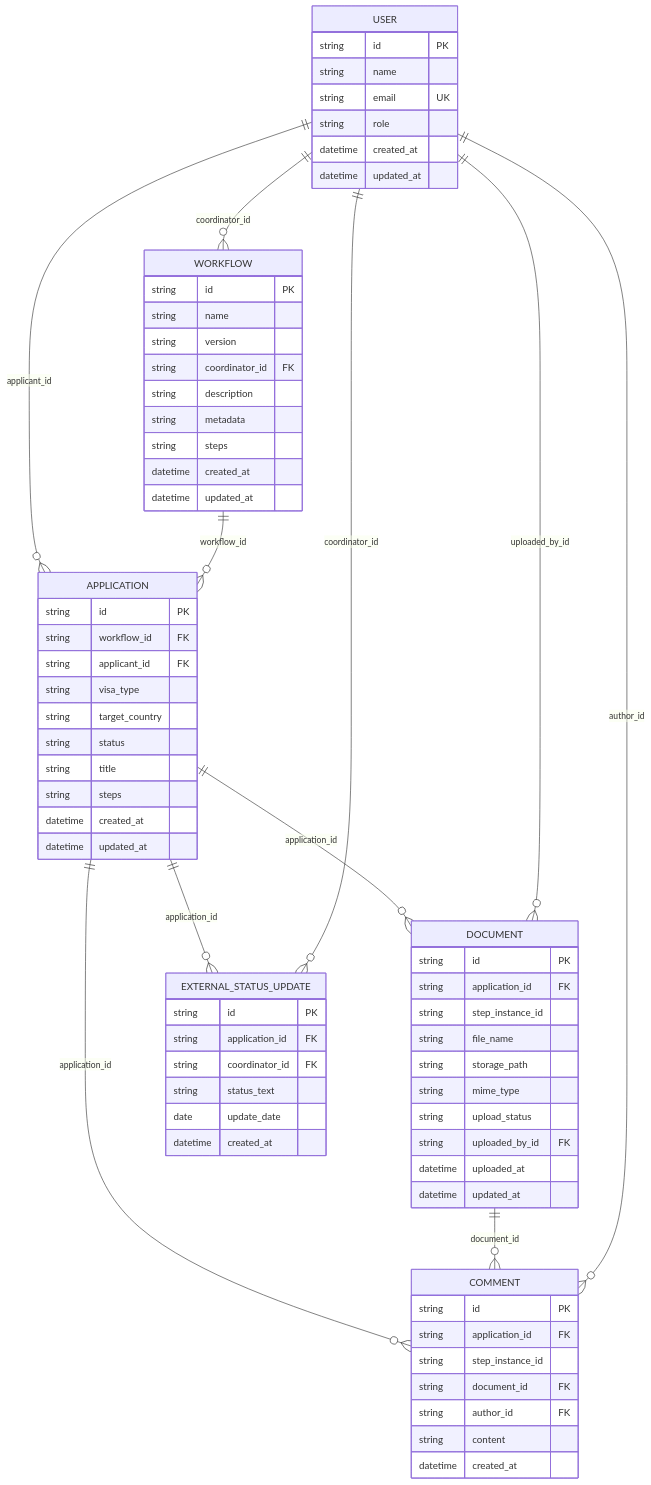
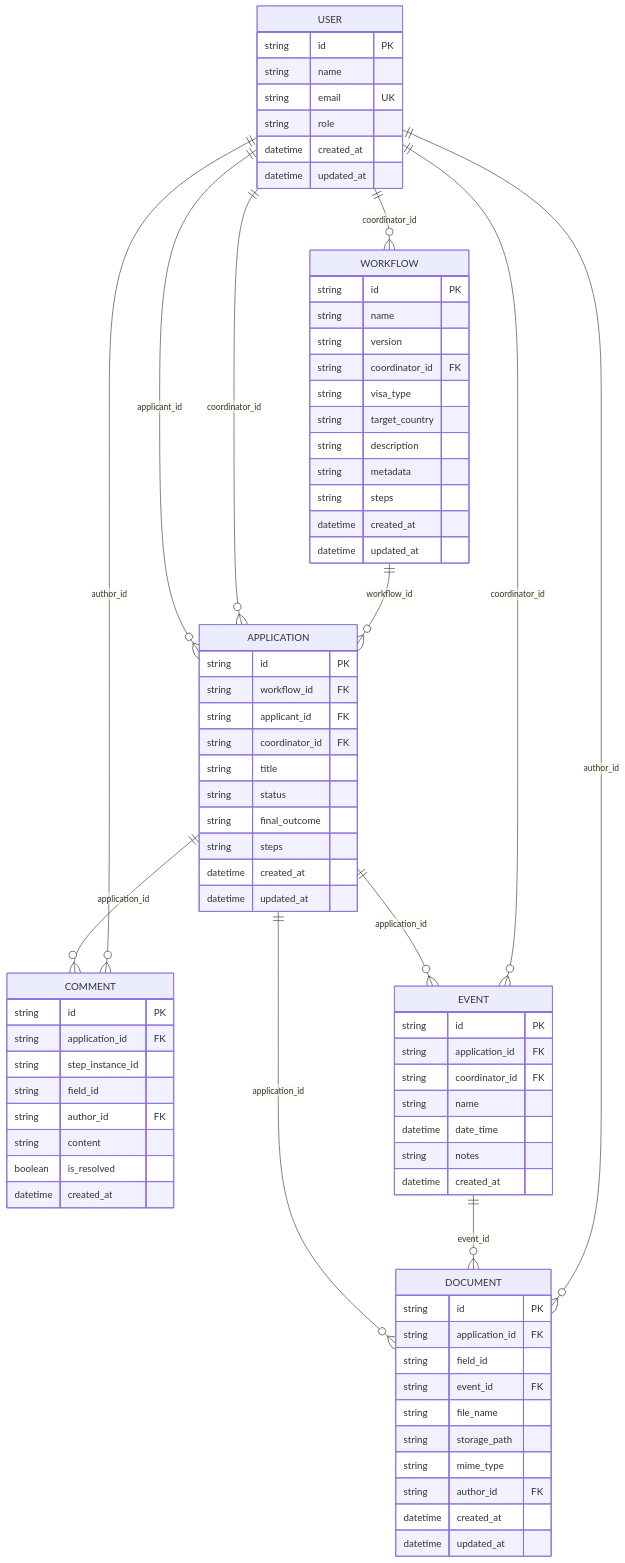
The diagram in artefacts/product-knowledge/solution-design/2-data-model.md (ryanvu-dev/VisaFlow), drawn with Mermaid before and after one commit. The commit also changed other lines of this file and 6 other files, not shown here.

````diff
--- a/artefacts/product-knowledge/solution-design/2-data-model.md
+++ b/artefacts/product-knowledge/solution-design/2-data-model.md
@@ -147,15 +146,16 @@
 ```mermaid
 erDiagram
     USER ||--o{ APPLICATION : "applicant_id"
+    USER ||--o{ APPLICATION : "coordinator_id"
     USER ||--o{ WORKFLOW : "coordinator_id"
     WORKFLOW ||--o{ APPLICATION : "workflow_id"
     APPLICATION ||--o{ DOCUMENT : "application_id"
     APPLICATION ||--o{ COMMENT : "application_id"
-    APPLICATION ||--o{ EXTERNAL_STATUS_UPDATE : "application_id"
-    DOCUMENT ||--o{ COMMENT : "document_id"
-    USER ||--o{ DOCUMENT : "uploaded_by_id"
+    APPLICATION ||--o{ EVENT : "application_id"
+    EVENT ||--o{ DOCUMENT : "event_id"
+    USER ||--o{ DOCUMENT : "author_id"
     USER ||--o{ COMMENT : "author_id"
-    USER ||--o{ EXTERNAL_STATUS_UPDATE : "coordinator_id"
+    USER ||--o{ EVENT : "coordinator_id"
 
     USER {
         string id PK
@@ -170,10 +170,10 @@
         string id PK
         string workflow_id FK
         string applicant_id FK
-        string visa_type
-        string target_country
+        string coordinator_id FK
+        string title
         string status
-        string title
+        string final_outcome
         string steps
         datetime created_at
         datetime updated_at
@@ -184,6 +184,8 @@
         string name
         string version
         string coordinator_id FK
+        string visa_type
+        string target_country
         string description
         string metadata
         string steps
@@ -194,13 +196,13 @@
     DOCUMENT {
         string id PK
         string application_id FK
-        string step_instance_id
+        string field_id
+        string event_id FK
         string file_name
         string storage_path
         string mime_type
-        string upload_status
-        string uploaded_by_id FK
-        datetime uploaded_at
+        string author_id FK
+        datetime created_at
         datetime updated_at
     }
 
@@ -208,18 +210,20 @@
         string id PK
         string application_id FK
         string step_instance_id
-        string document_id FK
+        string field_id
         string author_id FK
         string content
+        boolean is_resolved
         datetime created_at
     }
 
-    EXTERNAL_STATUS_UPDATE {
+    EVENT {
         string id PK
         string application_id FK
         string coordinator_id FK
-        string status_text
-        date update_date
+        string name
+        datetime date_time
+        string notes
         datetime created_at
     }
 ```
````
